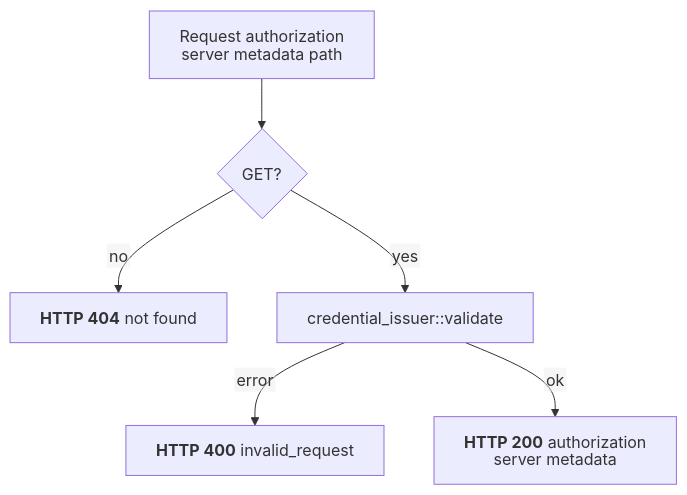
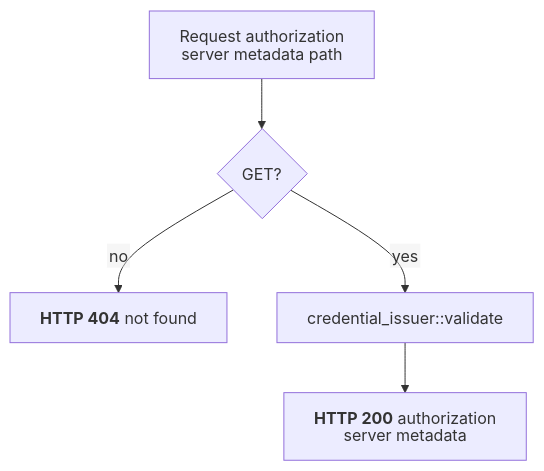
Before and after one commit to malach-it/kagome: the diagram in docs/flows/openid4vci/authorization_server_metadata_endpoint.mmd, drawn with Mermaid. The commit also changed 23 other files, not shown here.

```diff
--- a/docs/flows/openid4vci/authorization_server_metadata_endpoint.mmd
+++ b/docs/flows/openid4vci/authorization_server_metadata_endpoint.mmd
@@ -1,7 +1,6 @@
 %%{init: {"htmlLabels": false, "flowchart": {"htmlLabels": false}}}%%
 flowchart TD
     start[Request authorization server metadata path] --> method{GET?}
     method -- no --> not_found["`**HTTP 404** not found`"]
     method -- yes --> issuer["credential_issuer::validate"]
-    issuer -- error --> error["`**HTTP 400** invalid_request`"]
-    issuer -- ok --> success["`**HTTP 200** authorization server metadata`"]
+    issuer --> success["`**HTTP 200** authorization server metadata`"]
```
